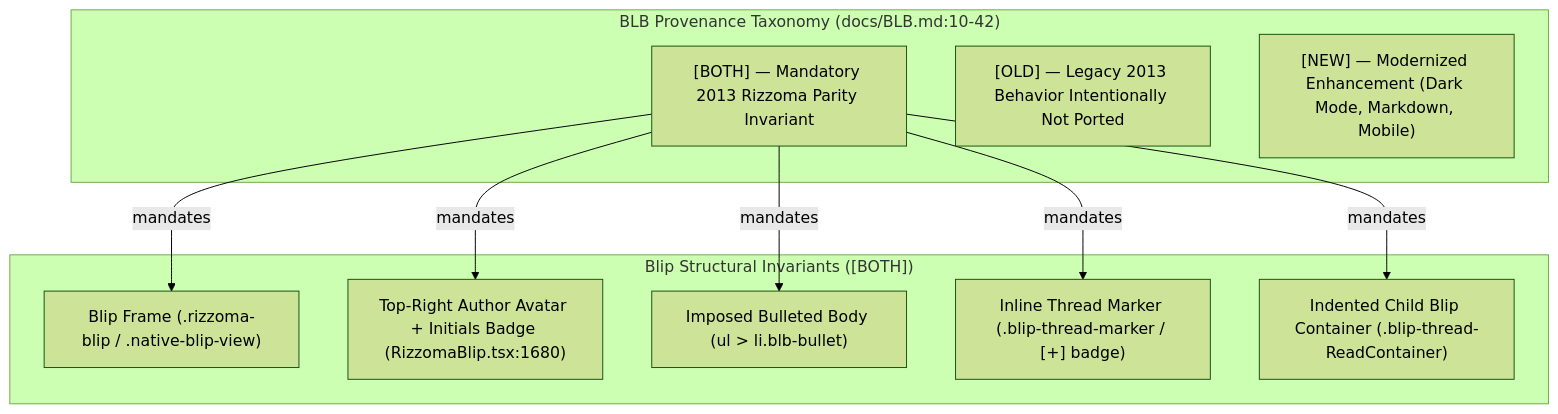
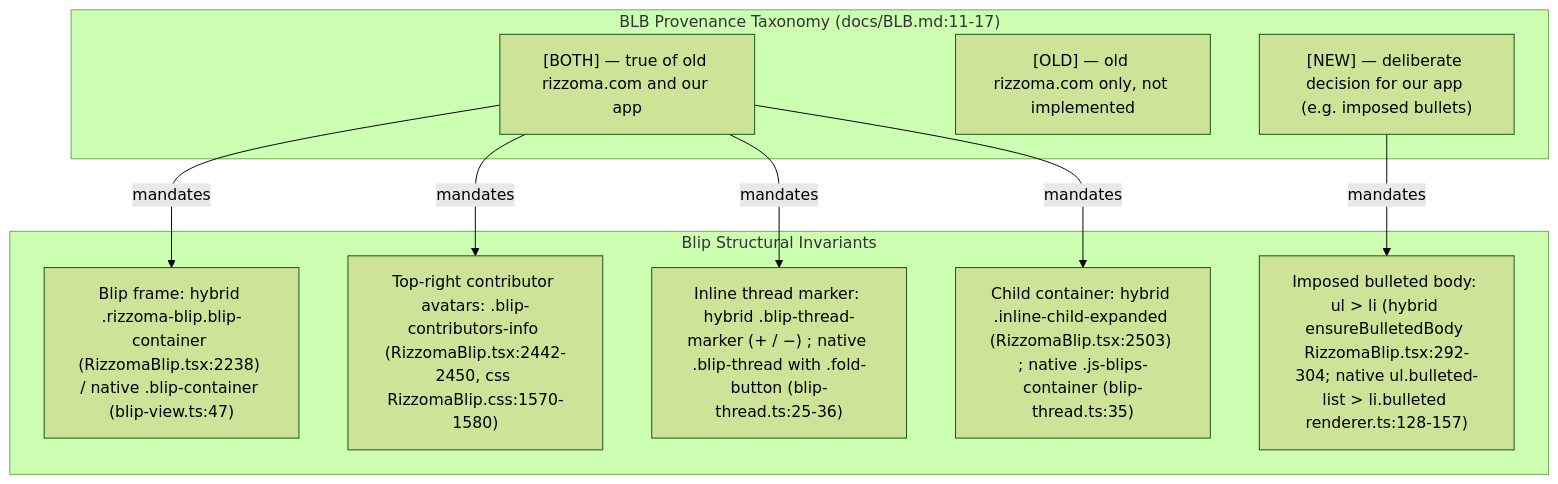
One commit to HCSS-StratBase/rizzoma changed the first of 2 diagrams in wiki/subsystems/blb-and-editor-invariants.md. Above: the diagram before and after it, drawn with Mermaid (forest theme). The commit also changed other lines of this file and 17 other files, not shown here.

````diff
--- a/wiki/subsystems/blb-and-editor-invariants.md
+++ b/wiki/subsystems/blb-and-editor-invariants.md
@@ -27,22 +31,22 @@
 ```mermaid
 graph TD
-    subgraph SPEC_TAXONOMY["BLB Provenance Taxonomy (docs/BLB.md:10-42)"]
-        BOTH["[BOTH] — Mandatory 2013 Rizzoma Parity Invariant"]
-        OLD["[OLD] — Legacy 2013 Behavior Intentionally Not Ported"]
-        NEW["[NEW] — Modernized Enhancement (Dark Mode, Markdown, Mobile)"]
+    subgraph SPEC_TAXONOMY["BLB Provenance Taxonomy (docs/BLB.md:11-17)"]
+        BOTH["[BOTH] — true of old rizzoma.com and our app"]
+        OLD["[OLD] — old rizzoma.com only, not implemented"]
+        NEW["[NEW] — deliberate decision for our app (e.g. imposed bullets)"]
     end
 
-    subgraph BLIP_DOM["Blip Structural Invariants ([BOTH])"]
-        FRAME["Blip Frame (.rizzoma-blip / .native-blip-view)"]
-        AVATAR["Top-Right Author Avatar + Initials Badge (RizzomaBlip.tsx:1680)"]
-        BODY["Imposed Bulleted Body (ul > li.blb-bullet)"]
-        INLINE_MARKER["Inline Thread Marker (.blip-thread-marker / [+] badge)"]
-        CHILD_INDENT["Indented Child Blip Container (.blip-thread-ReadContainer)"]
+    subgraph BLIP_DOM["Blip Structural Invariants"]
+        FRAME["Blip frame: hybrid .rizzoma-blip.blip-container (RizzomaBlip.tsx:2238) / native .blip-container (blip-view.ts:47)"]
+        AVATAR["Top-right contributor avatars: .blip-contributors-info (RizzomaBlip.tsx:2442-2450, css RizzomaBlip.css:1570-1580)"]
+        BODY["Imposed bulleted body: ul > li (hybrid ensureBulletedBody RizzomaBlip.tsx:292-304; native ul.bulleted-list > li.bulleted renderer.ts:128-157)"]
+        INLINE_MARKER["Inline thread marker: hybrid .blip-thread-marker (+ / −) ; native .blip-thread with .fold-button (blip-thread.ts:25-36)"]
+        CHILD_INDENT["Child container: hybrid .inline-child-expanded (RizzomaBlip.tsx:2503) ; native .js-blips-container (blip-thread.ts:35)"]
     end
 
     BOTH -->|mandates| FRAME
     BOTH -->|mandates| AVATAR
-    BOTH -->|mandates| BODY
+    NEW -->|mandates| BODY
     BOTH -->|mandates| INLINE_MARKER
     BOTH -->|mandates| CHILD_INDENT
 ```
````
